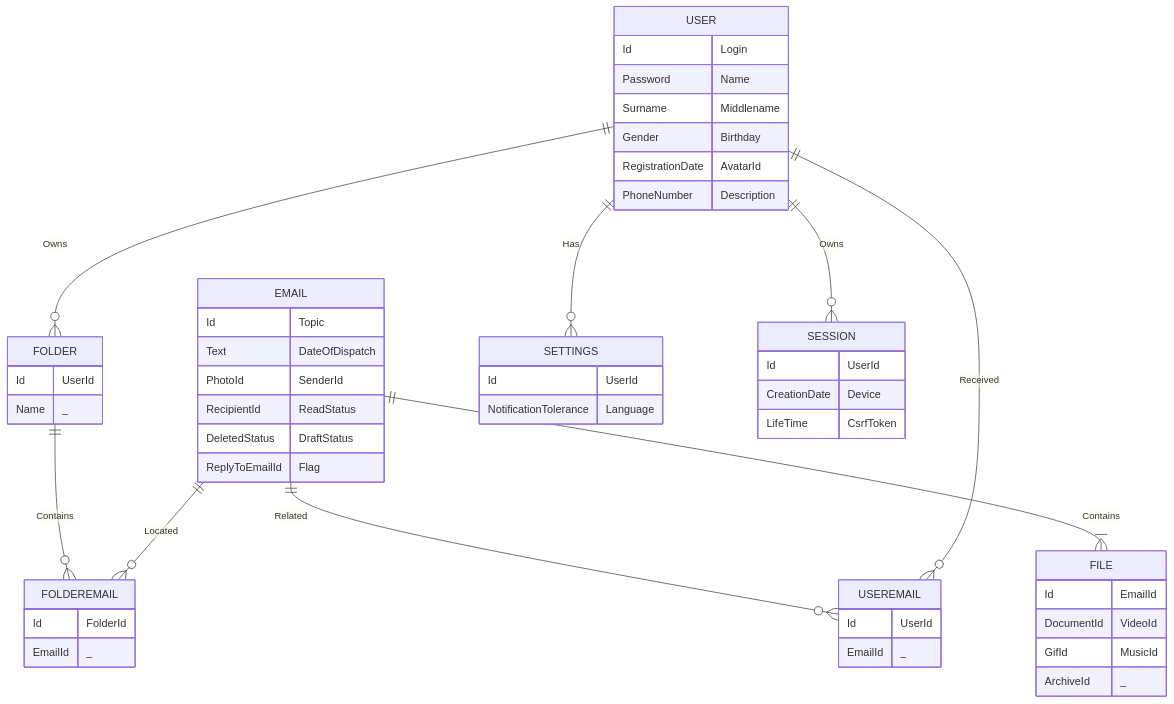
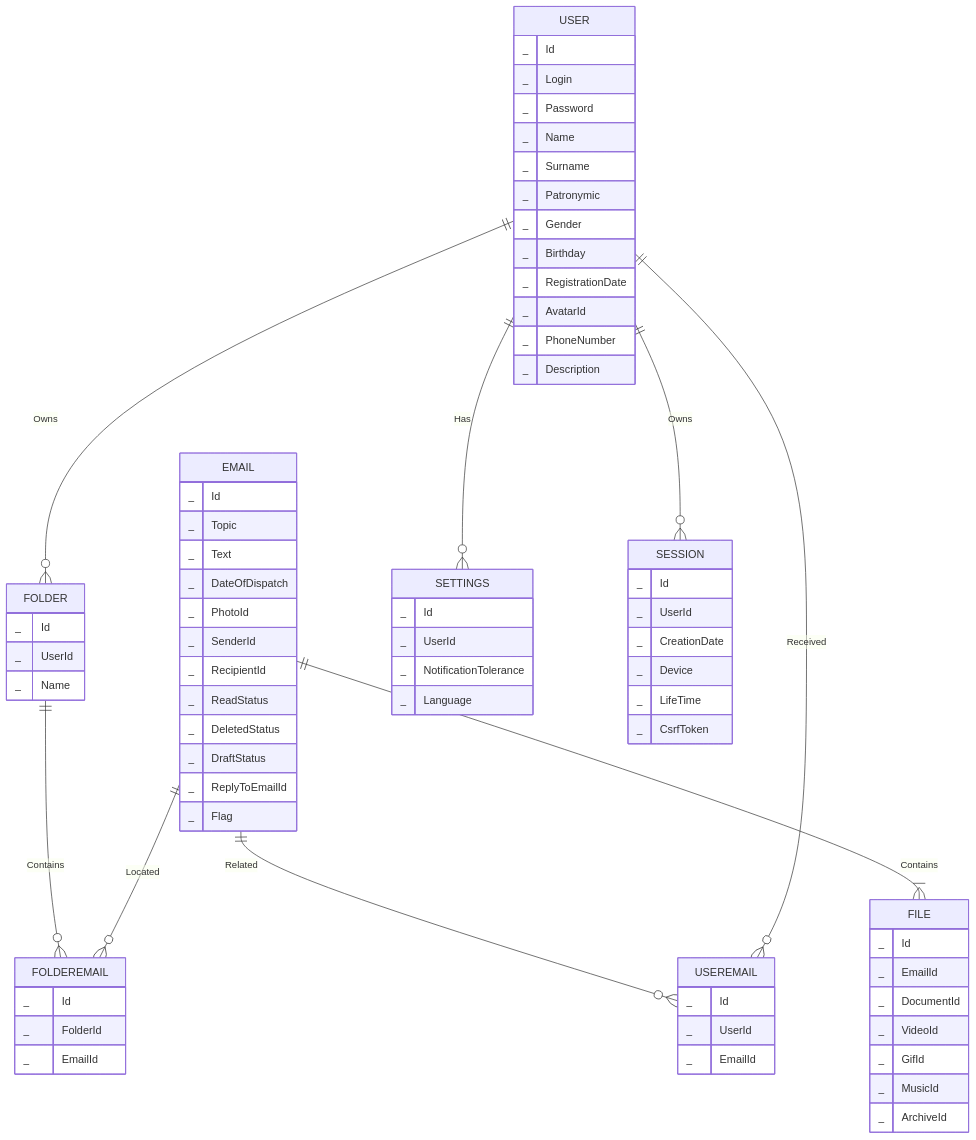
Before and after one commit to go-park-mail-ru/2024_1_Refugio: the second of 2 diagrams in db/normalized/relations.md, drawn with Mermaid. The commit also changed other lines of this file, not shown here.

Commit message:
Homework DBMS 1

````diff
--- a/db/normalized/relations.md
+++ b/db/normalized/relations.md
@@ -168,82 +89,78 @@
 ```mermaid
 erDiagram
     USER {
-        Id
-        Login
-        Password
-        Name
-        Surname
-        Middlename
-        Gender
-        Birthday
-        RegistrationDate
-        AvatarId
-        PhoneNumber
-        Description
+        _ Id
+        _ Login
+        _ Password
+        _ Name
+        _ Surname
+        _ Patronymic
+        _ Gender
+        _ Birthday
+        _ RegistrationDate
+        _ AvatarId
+        _ PhoneNumber
+        _ Description
     }
     EMAIL {
-        Id
-        Topic
-        Text
-        DateOfDispatch
-        PhotoId
-        SenderId
-        RecipientId
-        ReadStatus
-        DeletedStatus
-        DraftStatus
-        ReplyToEmailId
-        Flag
+        _ Id
+        _ Topic
+        _ Text
+        _ DateOfDispatch
+        _ PhotoId
+        _ SenderId
+        _ RecipientId
+        _ ReadStatus
+        _ DeletedStatus
+        _ DraftStatus
+        _ ReplyToEmailId
+        _ Flag
     }
     FILE {
-        Id
-        EmailId
-        DocumentId
-        VideoId
-        GifId
-        MusicId
-        ArchiveId
-        _
+        _ Id
+        _ EmailId
+        _ DocumentId
+        _ VideoId
+        _ GifId
+        _ MusicId
+        _ ArchiveId
     }
     USEREMAIL {
-        Id
-        UserId
-        EmailId
-        _
+        _ Id
+        _ UserId
+        _ EmailId
     }
     FOLDER {
-        Id
-        UserId
-        Name
-        _
+        _ Id
+        _ UserId
+        _ Name
     }
     FOLDEREMAIL {
-        Id
-        FolderId
-        EmailId
-        _
+        _ Id
+        _ FolderId
+        _ EmailId
     }
     SETTINGS {
-        Id
-        UserId
-        NotificationTolerance
-        Language
+        _ Id
+        _ UserId
+        _ NotificationTolerance
+        _ Language
     }
     SESSION {
-        Id
-        UserId
-        CreationDate
-        Device
-        LifeTime
-        CsrfToken
+        _ Id
+        _ UserId
+        _ CreationDate
+        _ Device
+        _ LifeTime
+        _ CsrfToken
     }
 
     USER ||--o{ SESSION : "Owns"
     USER ||--o{ SETTINGS : "Has"
     USER ||--o{ FOLDER : "Owns"
     FOLDER ||--o{ FOLDEREMAIL : "Contains"
     EMAIL ||--o{ FOLDEREMAIL : "Located"
     EMAIL ||--o{ USEREMAIL : "Related"
     USER ||--o{ USEREMAIL : "Received"
     EMAIL ||--|{ FILE : "Contains"
 ```
````
